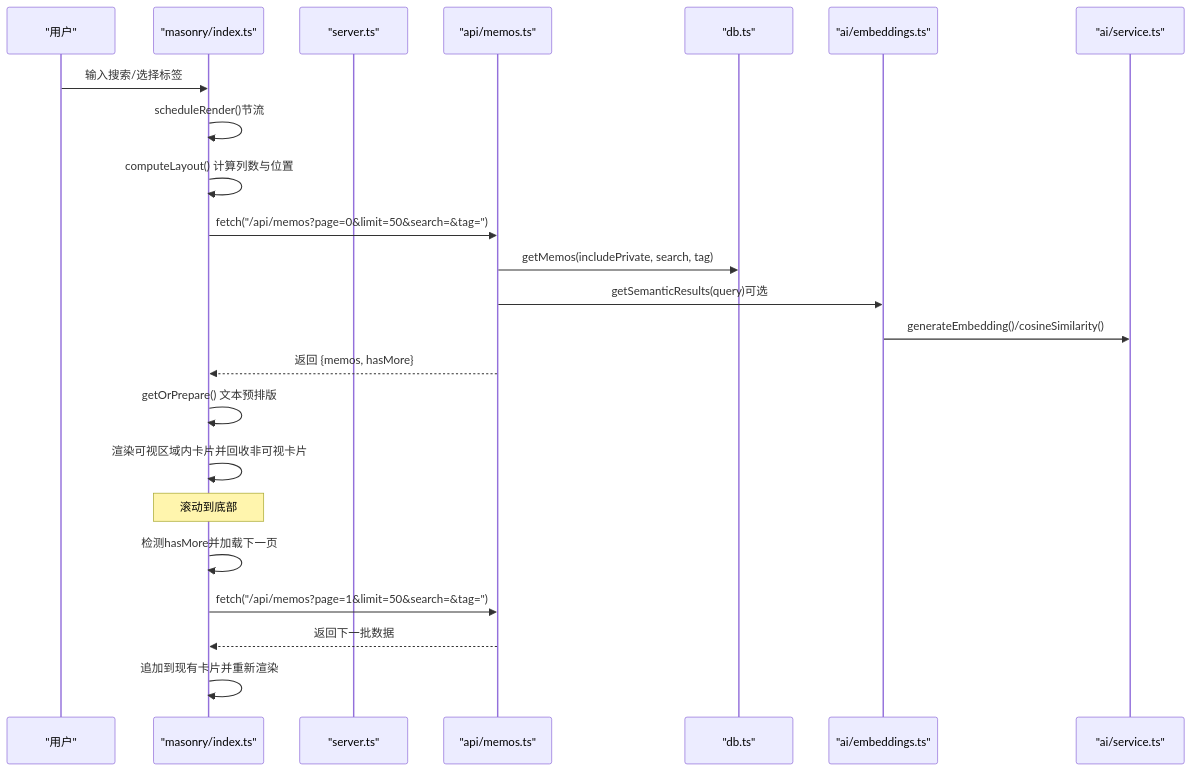
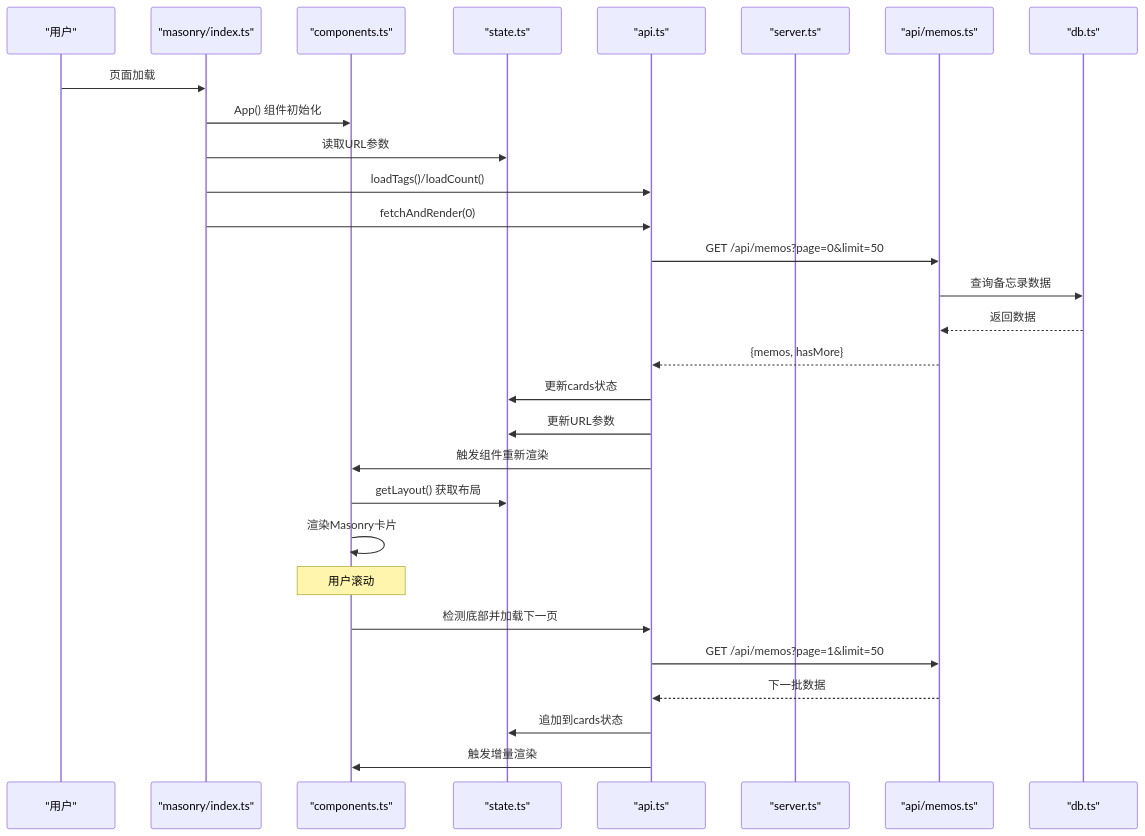
The second of 14 diagrams in .qoder/repowiki/zh/content/核心功能/瀑布流展示系统.md (BlackBoxRecorder/memos), drawn with Mermaid before and after one commit. The commit also changed other lines of this file and 10 other files, not shown here.

````diff
--- a/.qoder/repowiki/zh/content/核心功能/瀑布流展示系统.md
+++ b/.qoder/repowiki/zh/content/核心功能/瀑布流展示系统.md
@@ -114,25 +117,31 @@
 ```mermaid
 sequenceDiagram
 participant U as "用户"
-participant M as "masonry/index.ts"
+participant Entry as "masonry/index.ts"
+participant Comp as "components.ts"
+participant State as "state.ts"
+participant API as "api.ts"
 participant S as "server.ts"
 participant A as "api/memos.ts"
 participant D as "db.ts"
-participant E as "ai/embeddings.ts"
-participant V as "ai/service.ts"
-U->>M : 输入搜索/选择标签
-M->>M : scheduleRender()节流
-M->>M : computeLayout() 计算列数与位置
-M->>A : fetch("/api/memos?page=0&limit=50&search=&tag=")
-A->>D : getMemos(includePrivate, search, tag)
-A->>E : getSemanticResults(query)可选
-E->>V : generateEmbedding()/cosineSimilarity()
-A-->>M : 返回 {memos, hasMore}
-M->>M : getOrPrepare() 文本预排版
-M->>M : 渲染可视区域内卡片并回收非可视卡片
-Note over M : 滚动到底部
-M->>M : 检测hasMore并加载下一页
-M->>A : fetch("/api/memos?page=1&limit=50&search=&tag=")
-A-->>M : 返回下一批数据
-M->>M : 追加到现有卡片并重新渲染
+U->>Entry : 页面加载
+Entry->>Comp : App() 组件初始化
+Entry->>State : 读取URL参数
+Entry->>API : loadTags()/loadCount()
+Entry->>API : fetchAndRender(0)
+API->>A : GET /api/memos?page=0&limit=50
+A->>D : 查询备忘录数据
+D-->>A : 返回数据
+A-->>API : {memos, hasMore}
+API->>State : 更新cards状态
+API->>State : 更新URL参数
+API->>Comp : 触发组件重新渲染
+Comp->>State : getLayout() 获取布局
+Comp->>Comp : 渲染Masonry卡片
+Note over Comp : 用户滚动
+Comp->>API : 检测底部并加载下一页
+API->>A : GET /api/memos?page=1&limit=50
+A-->>API : 下一批数据
+API->>State : 追加到cards状态
+API->>Comp : 触发增量渲染
 ```
````
